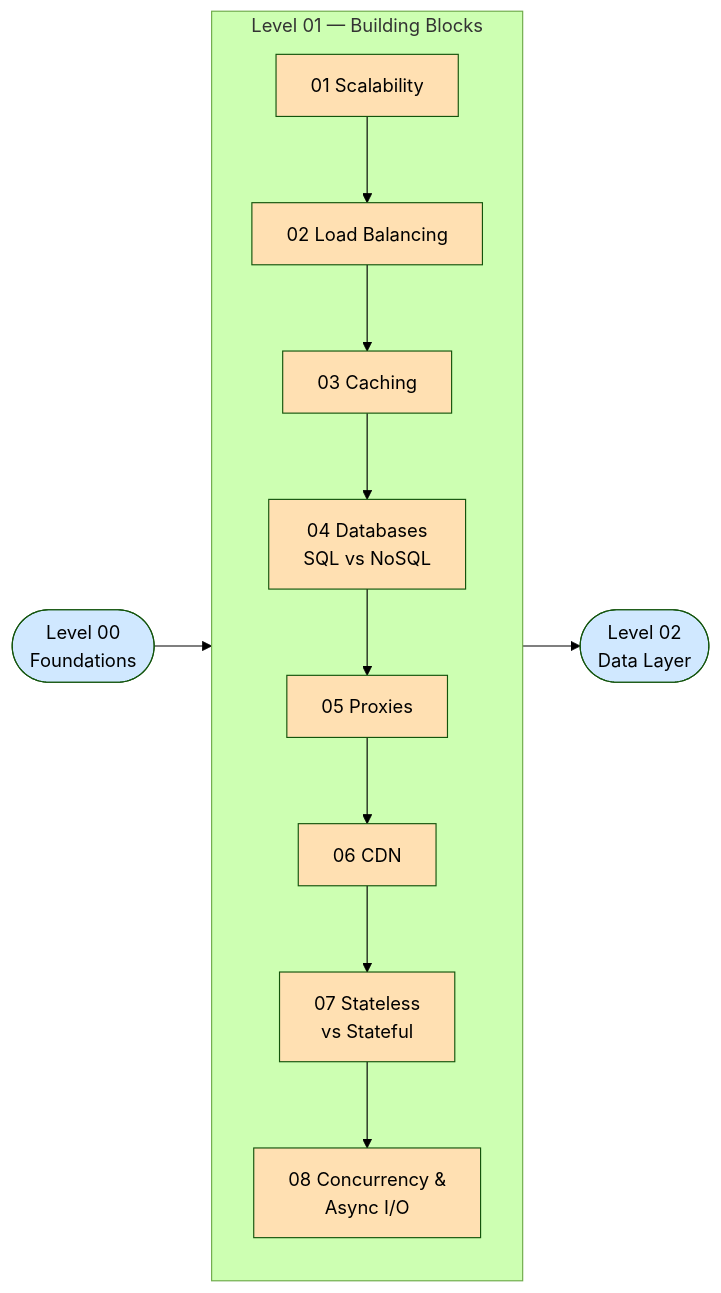
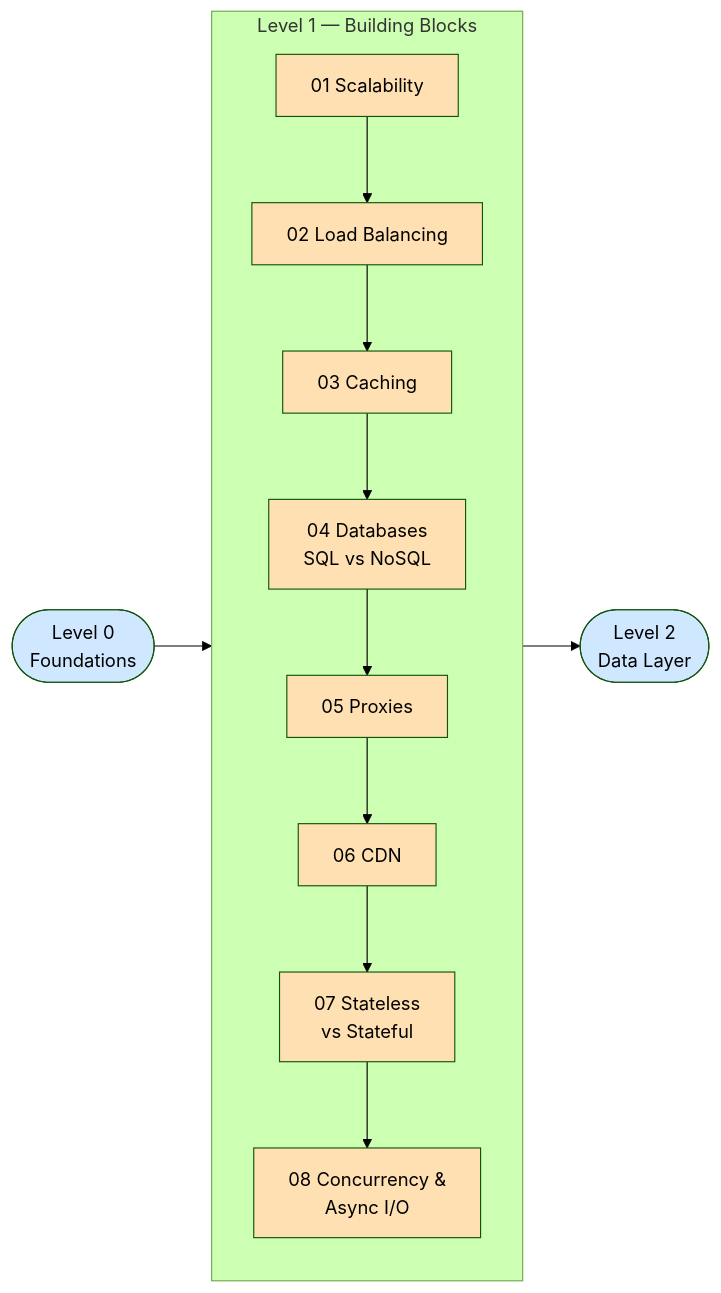
The diagram in Level-01-Building-Blocks/README.md (Ankan1998/learn-system-design), drawn with Mermaid (forest theme) before and after one commit. The commit also changed other lines of this file and 139 other files, not shown here.

````diff
--- a/Level-01-Building-Blocks/README.md
+++ b/Level-01-Building-Blocks/README.md
@@ -32,28 +32,28 @@
 ```mermaid
 flowchart LR
-    A([Level 00<br/>Foundations]) --> B
+    A([Level 0<br/>Foundations]) --> B
 
-    subgraph B[Level 01 — Building Blocks]
+    subgraph B[Level 1 — Building Blocks]
         direction TB
         S1[01 Scalability] --> S2[02 Load Balancing]
         S2 --> S3[03 Caching]
         S3 --> S4[04 Databases<br/>SQL vs NoSQL]
         S4 --> S5[05 Proxies]
         S5 --> S6[06 CDN]
         S6 --> S7[07 Stateless<br/>vs Stateful]
         S7 --> S8[08 Concurrency &<br/>Async I/O]
     end
 
-    B --> C([Level 02<br/>Data Layer])
+    B --> C([Level 2<br/>Data Layer])
 
     style A fill:#d0e8ff,color:#000
     style C fill:#d0e8ff,color:#000
     style S1 fill:#ffe0b2,color:#000
     style S2 fill:#ffe0b2,color:#000
     style S3 fill:#ffe0b2,color:#000
     style S4 fill:#ffe0b2,color:#000
     style S5 fill:#ffe0b2,color:#000
     style S6 fill:#ffe0b2,color:#000
     style S7 fill:#ffe0b2,color:#000
     style S8 fill:#ffe0b2,color:#000
 ```
````
